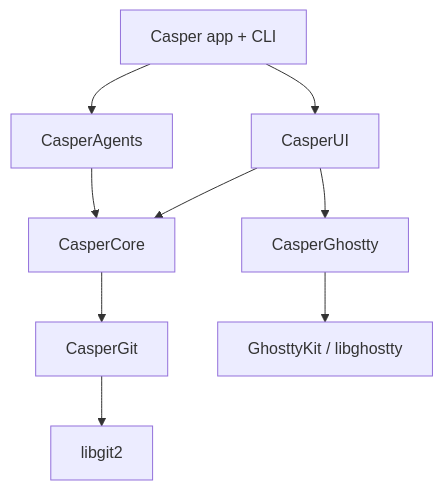
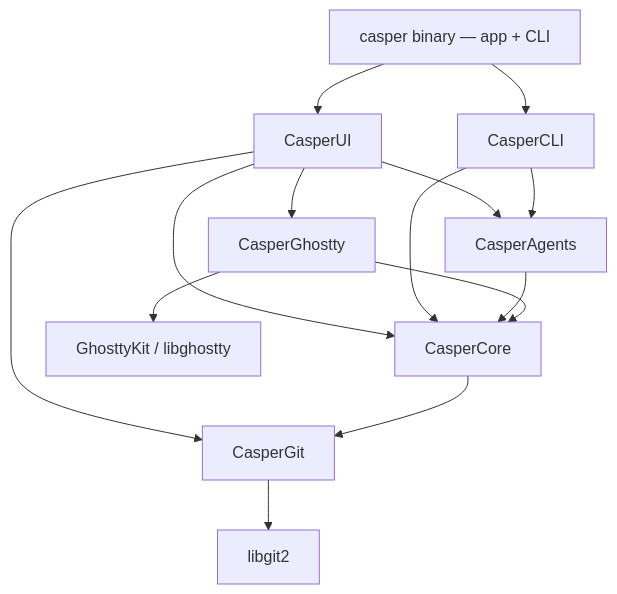
One commit to alexandreroman/casper changed the diagram in README.md. Above: the diagram before and after it, drawn with Mermaid. The commit also changed other lines of this file and 32 other files, not shown here.

````diff
--- a/README.md
+++ b/README.md
@@ -246,11 +248,16 @@
 ```mermaid
 flowchart TD
-    App[Casper app + CLI] --> UI[CasperUI]
-    App --> Agents[CasperAgents]
+    App[casper binary — app + CLI] --> UI[CasperUI]
+    App --> CLI[CasperCLI]
     UI --> Core[CasperCore]
+    UI --> Git[CasperGit]
     UI --> Ghostty[CasperGhostty]
+    UI --> Agents[CasperAgents]
+    CLI --> Core
+    CLI --> Agents
     Agents --> Core
-    Core --> Git[CasperGit]
+    Ghostty --> Core
     Ghostty --> GK[GhosttyKit / libghostty]
+    Core --> Git
     Git --> LG[libgit2]
 ```
````
